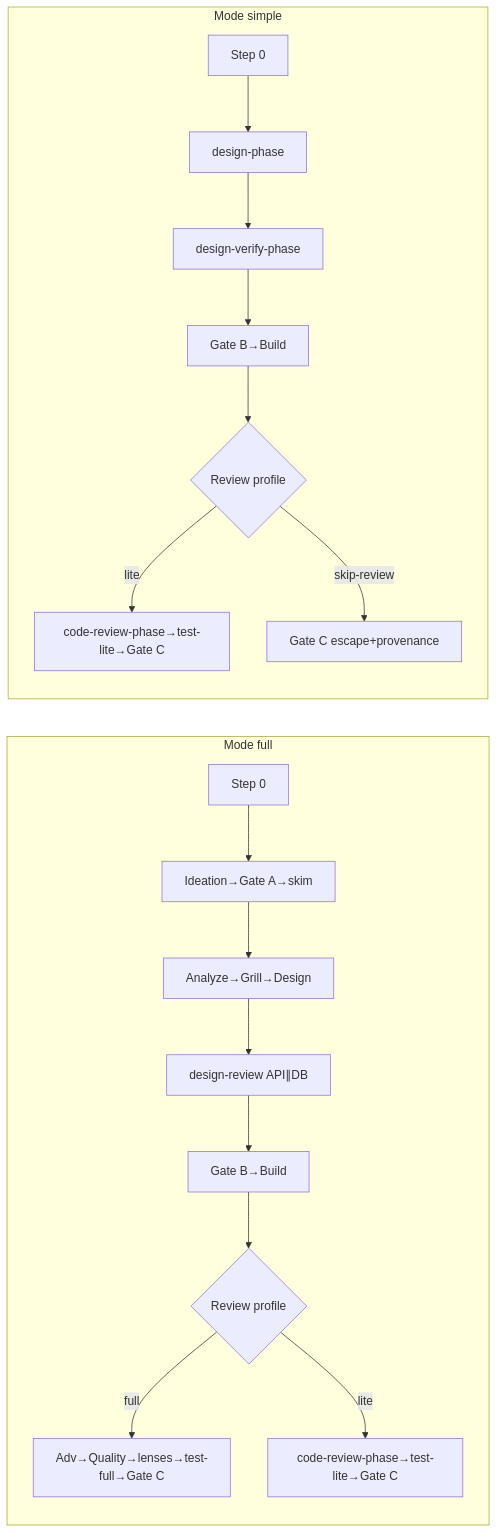
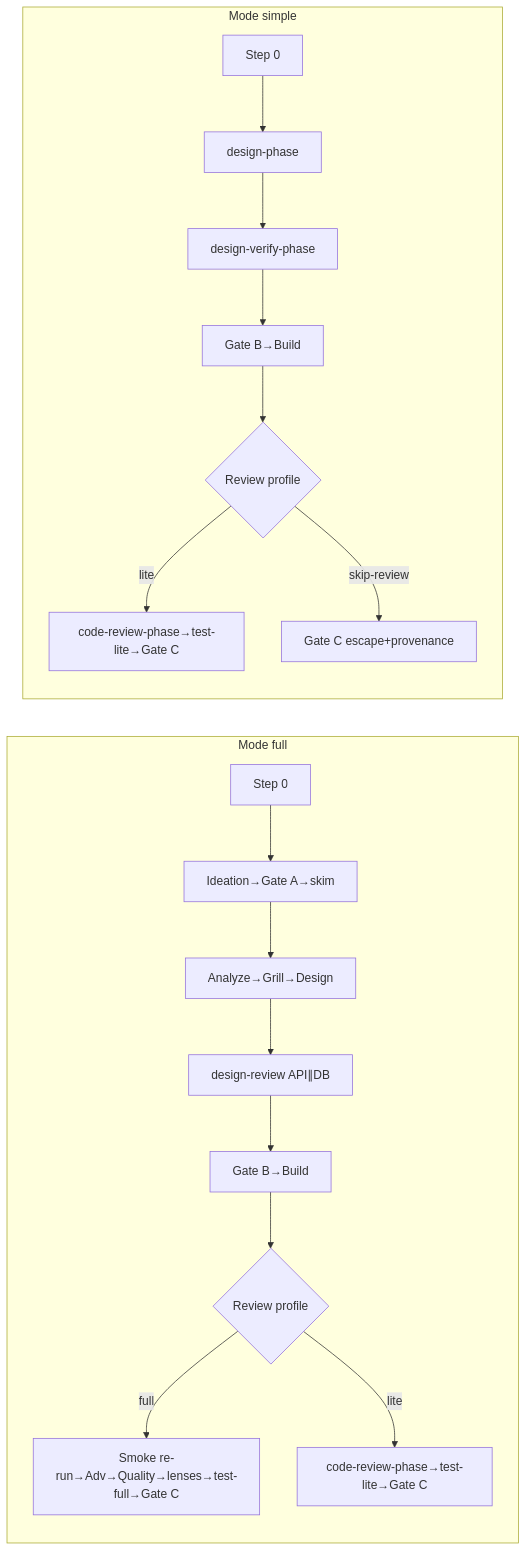
One commit to ezcafe/dotfiles changed the diagram in AI/skills/my-dev-flow/stages.md. Above: the diagram before and after it, drawn with Mermaid. The commit also changed other lines of this file and 67 other files, not shown here.

````diff
--- a/AI/skills/my-dev-flow/stages.md
+++ b/AI/skills/my-dev-flow/stages.md
@@ -45,20 +45,20 @@
 ```mermaid
 flowchart LR
   subgraph full [Mode full]
     F0[Step 0] --> F1[Ideation→Gate A→skim]
     F1 --> F2[Analyze→Grill→Design]
     F2 --> F3[design-review API∥DB]
     F3 --> F4[Gate B→Build]
     F4 --> F5{Review profile}
-    F5 -->|full| F6[Adv→Quality→lenses→test-full→Gate C]
+    F5 -->|full| F6[Smoke re-run→Adv→Quality→lenses→test-full→Gate C]
     F5 -->|lite| F7[code-review-phase→test-lite→Gate C]
   end
   subgraph simple [Mode simple]
     S0[Step 0] --> S1[design-phase]
     S1 --> S2[design-verify-phase]
     S2 --> S3[Gate B→Build]
     S3 --> S4{Review profile}
     S4 -->|lite| S5[code-review-phase→test-lite→Gate C]
     S4 -->|skip-review| S6[Gate C escape+provenance]
   end
 ```
````
